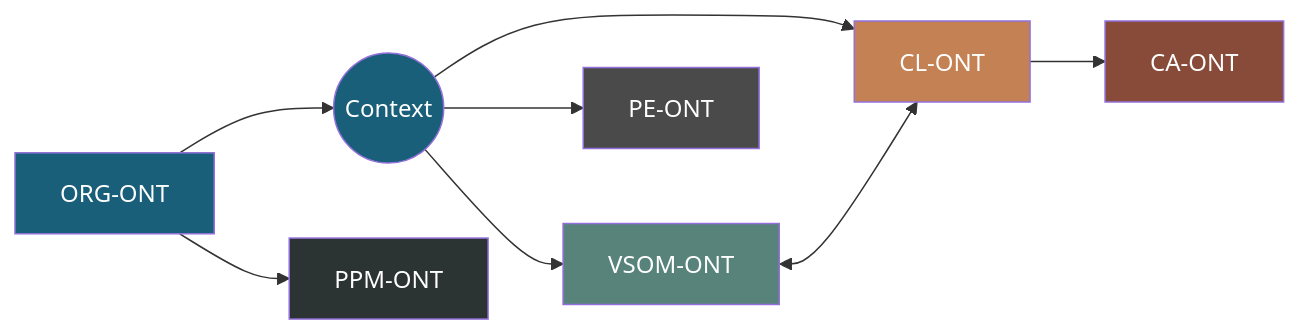
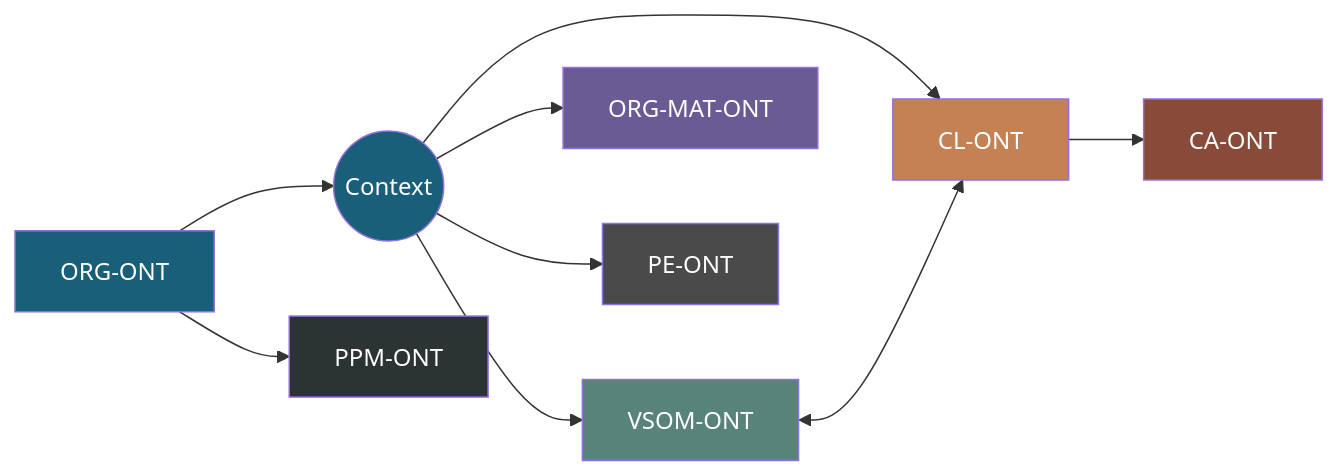
The sixth of 6 diagrams in PBS/ONTOLOGIES/ONTOLOGY-ARCHITECTURE.md (ajrmooreuk/Azlan-EA-AAA), drawn with Mermaid before and after one commit. The commit also changed other lines of this file and 3 other files, not shown here.

First line of the commit message:
Add ORG-MAT-ONT v1.0.0 - Organization Maturity ontology

````diff
--- a/PBS/ONTOLOGIES/ONTOLOGY-ARCHITECTURE.md
+++ b/PBS/ONTOLOGIES/ONTOLOGY-ARCHITECTURE.md
@@ -252,18 +280,20 @@
 ```mermaid
 graph LR
     ORG[ORG-ONT] --> CTX((Context))
     CTX --> VSOM[VSOM-ONT]
     CTX --> CL[CL-ONT]
+    CTX --> MAT[ORG-MAT-ONT]
     CTX --> PE[PE-ONT]
     CL --> CA[CA-ONT]
     VSOM <--> CL
     ORG --> PPM[PPM-ONT]
 
     style ORG fill:#1a5f7a,color:#fff
     style CTX fill:#1a5f7a,color:#fff
     style VSOM fill:#57837b,color:#fff
     style CL fill:#c38154,color:#fff
     style CA fill:#884a39,color:#fff
+    style MAT fill:#6b5b95,color:#fff
     style PPM fill:#2c3333,color:#fff
     style PE fill:#4a4a4a,color:#fff
 ```
````
